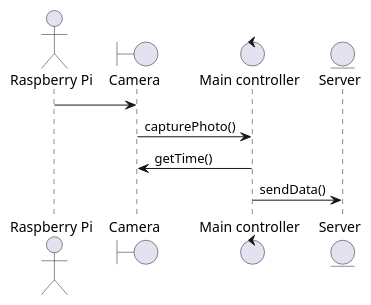
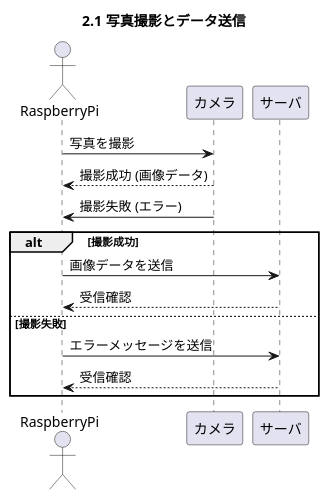
One commit to kangy106/OkatadukeClub changed the diagram in sequenceCapturePhoto.puml. Above: the diagram before and after it, drawn with PlantUML.

```diff
--- a/sequenceCapturePhoto.puml
+++ b/sequenceCapturePhoto.puml
@@ -1,13 +1,20 @@
 @startuml
-actor "Raspberry Pi" as Raspi
-boundary "Camera" as Camera
-control "Main controller" as Controller
-entity "Server" as Server
+title 2.1 写真撮影とデータ送信
 
-' Define the flow
-Raspi -> Camera
-Camera -> Controller : capturePhoto()
-Controller -> Camera : getTime()
+actor RaspberryPi
+participant "カメラ" as Camera
+participant "サーバ" as Server
 
-Controller -> Server : sendData()
+RaspberryPi -> Camera: 写真を撮影
+Camera --> RaspberryPi: 撮影成功 (画像データ)
+Camera -> RaspberryPi: 撮影失敗 (エラー)
+
+alt 撮影成功
+    RaspberryPi -> Server: 画像データを送信
+    Server --> RaspberryPi: 受信確認
+else 撮影失敗
+    RaspberryPi -> Server: エラーメッセージを送信
+    Server --> RaspberryPi: 受信確認
+end
+
 @enduml
```
